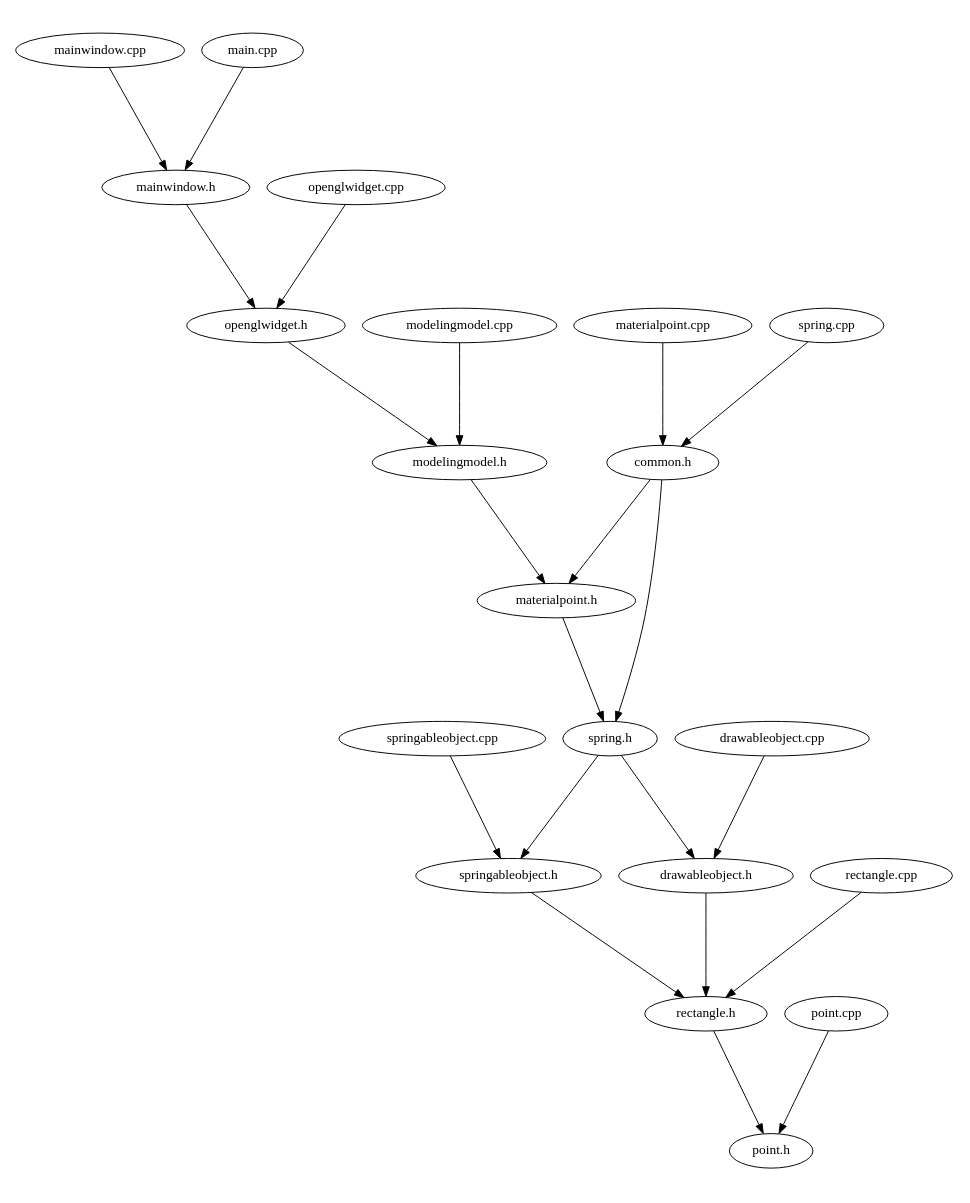
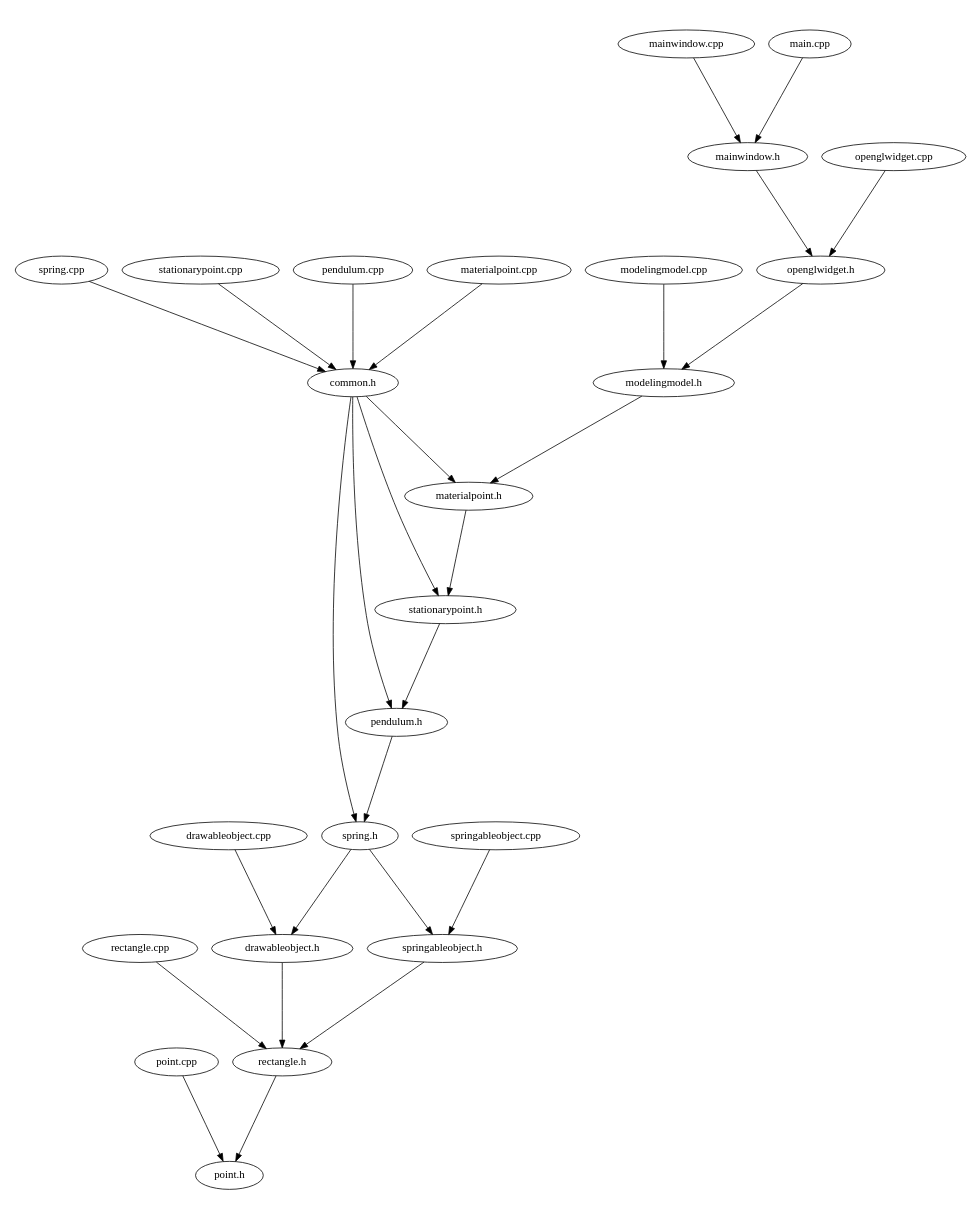
One commit to wuzzapcom/Modeling changed the diagram in source.dot. Above: the diagram before and after it, drawn with Graphviz. The commit also changed 6 other files, not shown here.

Commit message:
Added Pendulum class. Updated include diagram

```diff
--- a/source.dot
+++ b/source.dot
@@ -1,29 +1,35 @@
 digraph "source tree" {
     overlap=scale;
     size="8,10";
     ratio="fill";
     fontsize="16";
     fontname="Helvetica";
 	clusterrank="local";
+	"openglwidget.h" -> "modelingmodel.h"
+	"mainwindow.h" -> "openglwidget.h"
+	"spring.h" -> "springableobject.h"
+	"common.h" -> "materialpoint.h"
 	"mainwindow.cpp" -> "mainwindow.h"
+	"springableobject.h" -> "rectangle.h"
+	"common.h" -> "stationarypoint.h"
+	"pendulum.h" -> "spring.h"
+	"pendulum.cpp" -> "common.h"
+	"materialpoint.cpp" -> "common.h"
+	"rectangle.cpp" -> "rectangle.h"
+	"openglwidget.cpp" -> "openglwidget.h"
+	"point.cpp" -> "point.h"
+	"spring.cpp" -> "common.h"
+	"modelingmodel.cpp" -> "modelingmodel.h"
+	"stationarypoint.h" -> "pendulum.h"
+	"common.h" -> "pendulum.h"
+	"stationarypoint.cpp" -> "common.h"
+	"modelingmodel.h" -> "materialpoint.h"
+	"drawableobject.cpp" -> "drawableobject.h"
+	"main.cpp" -> "mainwindow.h"
+	"rectangle.h" -> "point.h"
 	"springableobject.cpp" -> "springableobject.h"
-	"springableobject.h" -> "rectangle.h"
-	"openglwidget.cpp" -> "openglwidget.h"
+	"materialpoint.h" -> "stationarypoint.h"
+	"spring.h" -> "drawableobject.h"
 	"drawableobject.h" -> "rectangle.h"
-	"common.h" -> "materialpoint.h"
-	"materialpoint.cpp" -> "common.h"
-	"drawableobject.cpp" -> "drawableobject.h"
-	"spring.cpp" -> "common.h"
-	"spring.h" -> "drawableobject.h"
-	"point.cpp" -> "point.h"
-	"modelingmodel.cpp" -> "modelingmodel.h"
-	"main.cpp" -> "mainwindow.h"
-	"spring.h" -> "springableobject.h"
-	"openglwidget.h" -> "modelingmodel.h"
-	"materialpoint.h" -> "spring.h"
-	"modelingmodel.h" -> "materialpoint.h"
-	"rectangle.cpp" -> "rectangle.h"
-	"mainwindow.h" -> "openglwidget.h"
-	"rectangle.h" -> "point.h"
 	"common.h" -> "spring.h"
 }
```
